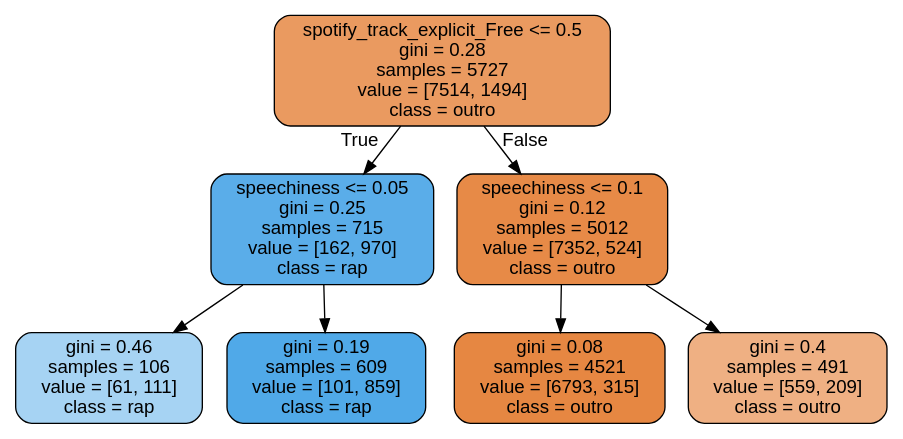
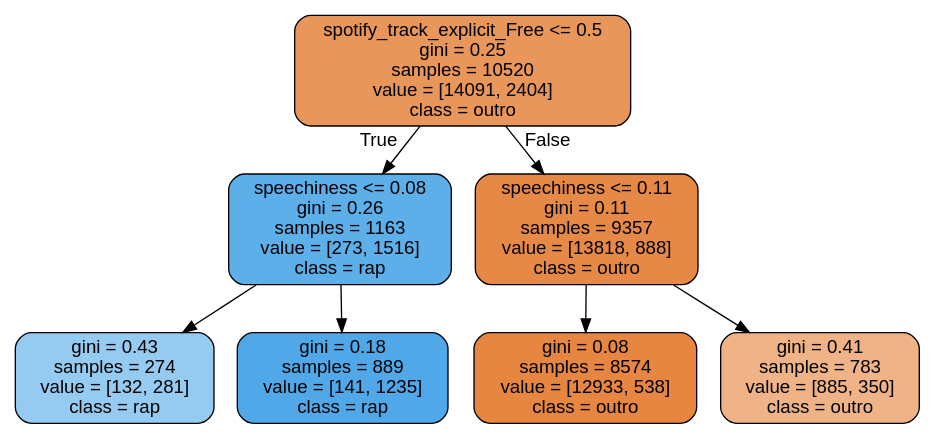
One commit to Lihsayuri/PROJETO_2_CIEDADOS changed the diagram in PROJETO_2_CDADOS/classificacao.dot. Above: the diagram before and after it, drawn with Graphviz. The commit also changed 4 other files, not shown here.

```diff
--- a/PROJETO_2_CDADOS/classificacao.dot
+++ b/PROJETO_2_CDADOS/classificacao.dot
@@ -1,17 +1,17 @@
 digraph Tree {
 node [shape=box, style="filled, rounded", color="black", fontname=helvetica] ;
 edge [fontname=helvetica] ;
-0 [label="spotify_track_explicit_Free <= 0.5\ngini = 0.28\nsamples = 5727\nvalue = [7514, 1494]\nclass = outro", fillcolor="#ea9a60"] ;
-1 [label="speechiness <= 0.05\ngini = 0.25\nsamples = 715\nvalue = [162, 970]\nclass = rap", fillcolor="#5aade9"] ;
+0 [label="spotify_track_explicit_Free <= 0.5\ngini = 0.25\nsamples = 10520\nvalue = [14091, 2404]\nclass = outro", fillcolor="#e9965b"] ;
+1 [label="speechiness <= 0.08\ngini = 0.26\nsamples = 1163\nvalue = [273, 1516]\nclass = rap", fillcolor="#5dafea"] ;
 0 -> 1 [labeldistance=2.5, labelangle=45, headlabel="True"] ;
-2 [label="gini = 0.46\nsamples = 106\nvalue = [61, 111]\nclass = rap", fillcolor="#a6d3f3"] ;
+2 [label="gini = 0.43\nsamples = 274\nvalue = [132, 281]\nclass = rap", fillcolor="#96cbf1"] ;
 1 -> 2 ;
-3 [label="gini = 0.19\nsamples = 609\nvalue = [101, 859]\nclass = rap", fillcolor="#50a9e8"] ;
+3 [label="gini = 0.18\nsamples = 889\nvalue = [141, 1235]\nclass = rap", fillcolor="#50a8e8"] ;
 1 -> 3 ;
-4 [label="speechiness <= 0.1\ngini = 0.12\nsamples = 5012\nvalue = [7352, 524]\nclass = outro", fillcolor="#e78a47"] ;
+4 [label="speechiness <= 0.11\ngini = 0.11\nsamples = 9357\nvalue = [13818, 888]\nclass = outro", fillcolor="#e78946"] ;
 0 -> 4 [labeldistance=2.5, labelangle=-45, headlabel="False"] ;
-5 [label="gini = 0.08\nsamples = 4521\nvalue = [6793, 315]\nclass = outro", fillcolor="#e68742"] ;
+5 [label="gini = 0.08\nsamples = 8574\nvalue = [12933, 538]\nclass = outro", fillcolor="#e68641"] ;
 4 -> 5 ;
-6 [label="gini = 0.4\nsamples = 491\nvalue = [559, 209]\nclass = outro", fillcolor="#efb083"] ;
+6 [label="gini = 0.41\nsamples = 783\nvalue = [885, 350]\nclass = outro", fillcolor="#efb387"] ;
 4 -> 6 ;
 }
```
